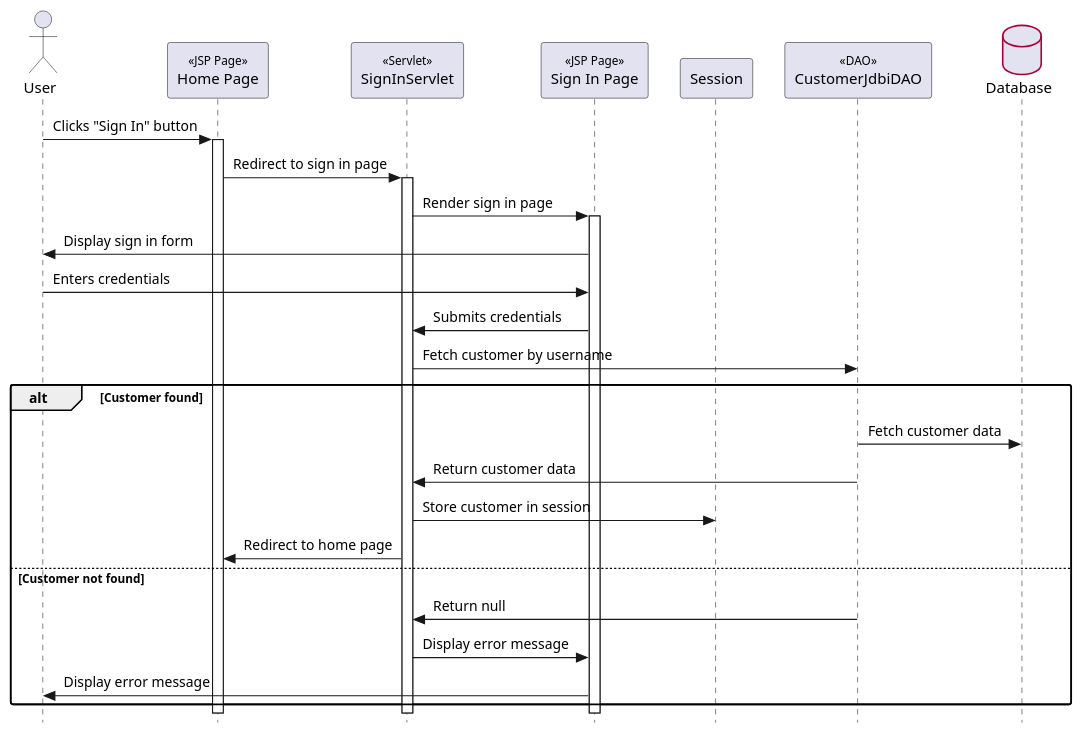
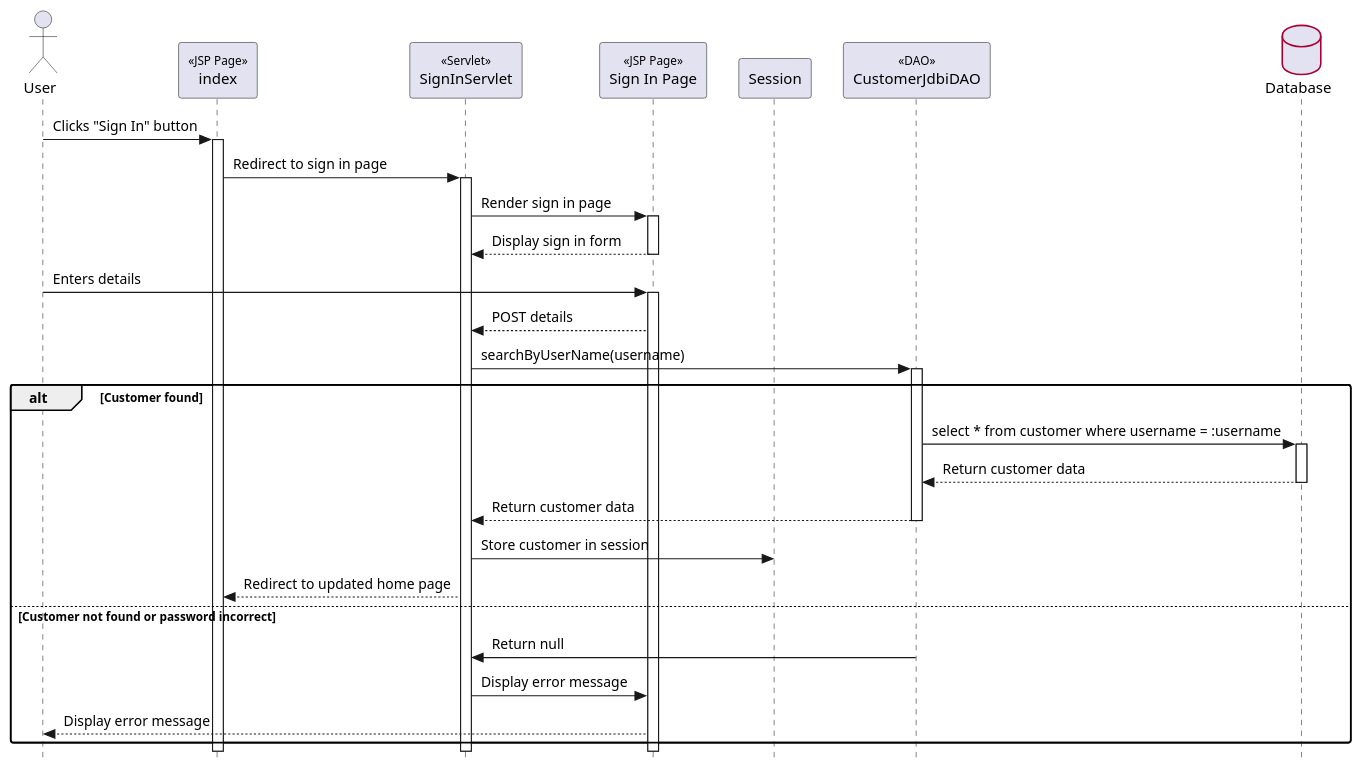
Before and after one commit to dyrel78/INFO-202: the diagram in diagrams/SignIn.puml, drawn with PlantUML. The commit also changed 10 other files, not shown here.

Commit message:
Finished Diagram Closes Issue # 18

```diff
--- a/diagrams/SignIn.puml
+++ b/diagrams/SignIn.puml
@@ -1,52 +1,55 @@
 @startuml
 
 ' === Style Tweaks ===
 
 skinparam {
   Style StrictUML
   RoundCorner 5
   ParticipantPadding 10
   Padding 2
   SequenceStereotype {
     Font {
       Size 11
       Style plain
     }
   }
   Database {
     BorderColor #A80036
   }
 }
 
 ' === Actors / Participants
 
 actor "User" as user
-participant "Home Page" as homePage << JSP Page >>
+participant "index" as homePage << JSP Page >>
 participant "SignInServlet" as signInServlet <<Servlet>>
 participant "Sign In Page" as signInPage << JSP Page >>
 participant "Session" as session
 participant "CustomerJdbiDAO" as dao << DAO >>
 database "Database" as db
 
 ' === Interactions ===
 
 
 user -> homePage++ : Clicks "Sign In" button
 homePage -> signInServlet++ : Redirect to sign in page
 signInServlet -> signInPage++ : Render sign in page
-signInPage -> user : Display sign in form
-user -> signInPage : Enters credentials
-signInPage -> signInServlet : Submits credentials
-signInServlet -> dao : Fetch customer by username
+return  Display sign in form
+user -> signInPage++ : Enters details
+signInPage --> signInServlet : POST details
+signInServlet -> dao++ : searchByUserName(username)
+
 alt Customer found
-  dao -> db : Fetch customer data
-  dao -> signInServlet : Return customer data
+  dao -> db++ : select * from customer where username = :username
+return Return customer data
+ return Return customer data
   signInServlet -> session : Store customer in session
-  signInServlet -> homePage : Redirect to home page
-else Customer not found
+  signInServlet --> homePage : Redirect to updated home page
+
+else Customer not found or password incorrect
   dao -> signInServlet : Return null
   signInServlet -> signInPage : Display error message
-  signInPage -> user : Display error message
+  signInPage --> user : Display error message
 end
 
 @enduml
```
